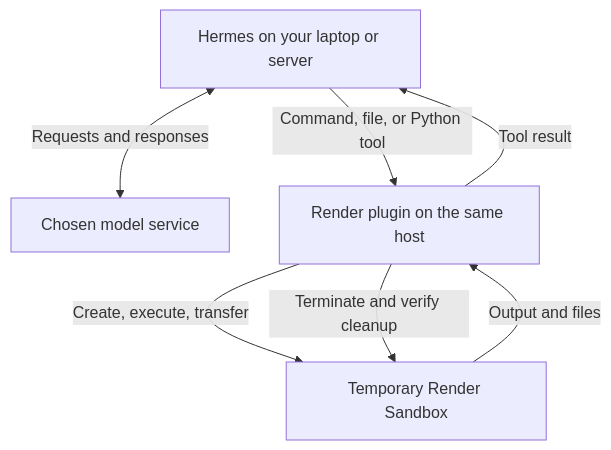
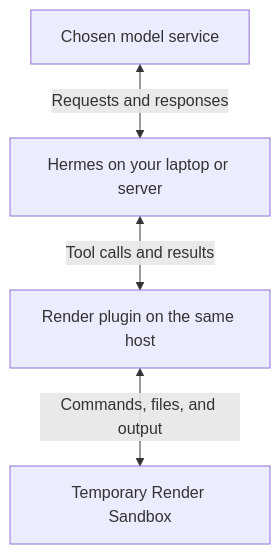
Before and after one commit to ojusave/hermes-plugin-render: the diagram in README.md, drawn with Mermaid. The commit also changed other lines of this file, not shown here.

Commit message:
Simplify execution diagram for narrow screens

````diff
--- a/README.md
+++ b/README.md
@@ -113,9 +113,6 @@
 ```mermaid
 flowchart TD
-  H[Hermes on your laptop or server] <-->|Requests and responses| M[Chosen model service]
-  H -->|Command, file, or Python tool| P[Render plugin on the same host]
-  P -->|Create, execute, transfer| S[Temporary Render Sandbox]
-  S -->|Output and files| P
-  P -->|Tool result| H
-  P -->|Terminate and verify cleanup| S
+  M[Chosen model service] <-->|Requests and responses| H[Hermes on your laptop or server]
+  H <-->|Tool calls and results| P[Render plugin on the same host]
+  P <-->|Commands, files, and output| S[Temporary Render Sandbox]
 ```
````
